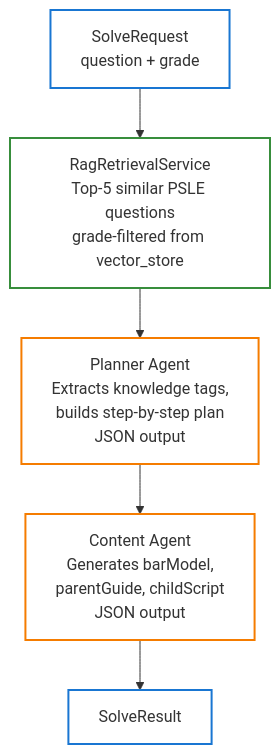
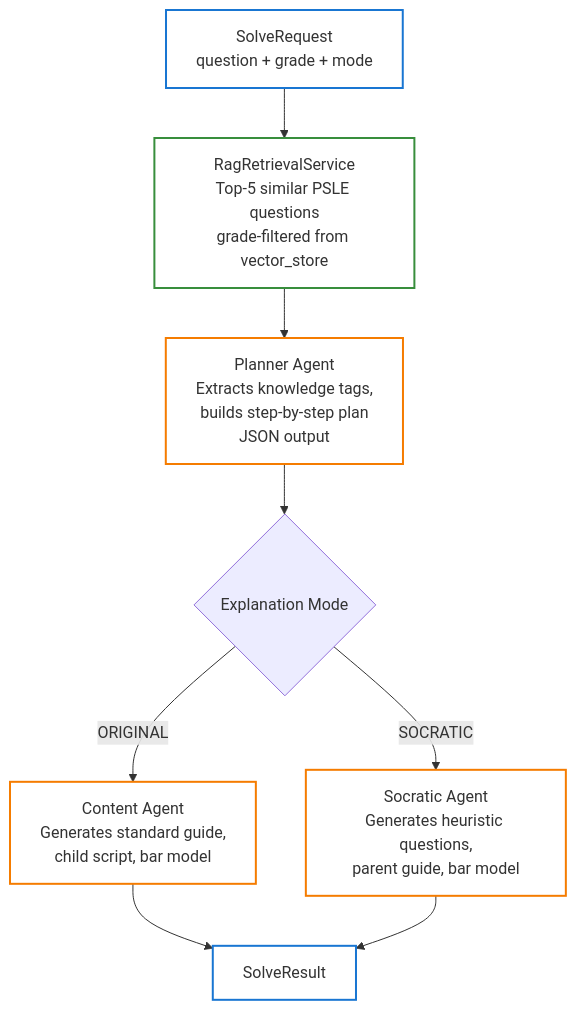
The diagram in docs/architecture.md (meirongdev/math-learning), drawn with Mermaid before and after one commit. The commit also changed other lines of this file and 29 other files, not shown here.

````diff
--- a/docs/architecture.md
+++ b/docs/architecture.md
@@ -25,14 +25,17 @@
 ```mermaid
 graph TD
-    A[SolveRequest\nquestion + grade] --> B[RagRetrievalService\nTop-5 similar PSLE questions\ngrade-filtered from vector_store]
+    A[SolveRequest\nquestion + grade + mode] --> B[RagRetrievalService\nTop-5 similar PSLE questions\ngrade-filtered from vector_store]
     B --> C[Planner Agent\nExtracts knowledge tags,\nbuilds step-by-step plan\nJSON output]
-    C --> D[Content Agent\nGenerates barModel,\nparentGuide, childScript\nJSON output]
-    D --> E[SolveResult]
+    C --> D{Explanation Mode}
+    D -- ORIGINAL --> E[Content Agent\nGenerates standard guide,\nchild script, bar model]
+    D -- SOCRATIC --> F[Socratic Agent\nGenerates heuristic questions,\nparent guide, bar model]
+    E --> G[SolveResult]
+    F --> G[SolveResult]
 
     classDef io fill:#fff,stroke:#1976d2,stroke-width:2px
     classDef agent fill:#fff,stroke:#f57c00,stroke-width:2px
     classDef rag fill:#fff,stroke:#388e3c,stroke-width:2px
-    class A,E io
-    class C,D agent
+    class A,G io
+    class C,E,F agent
     class B rag
 ```
````
